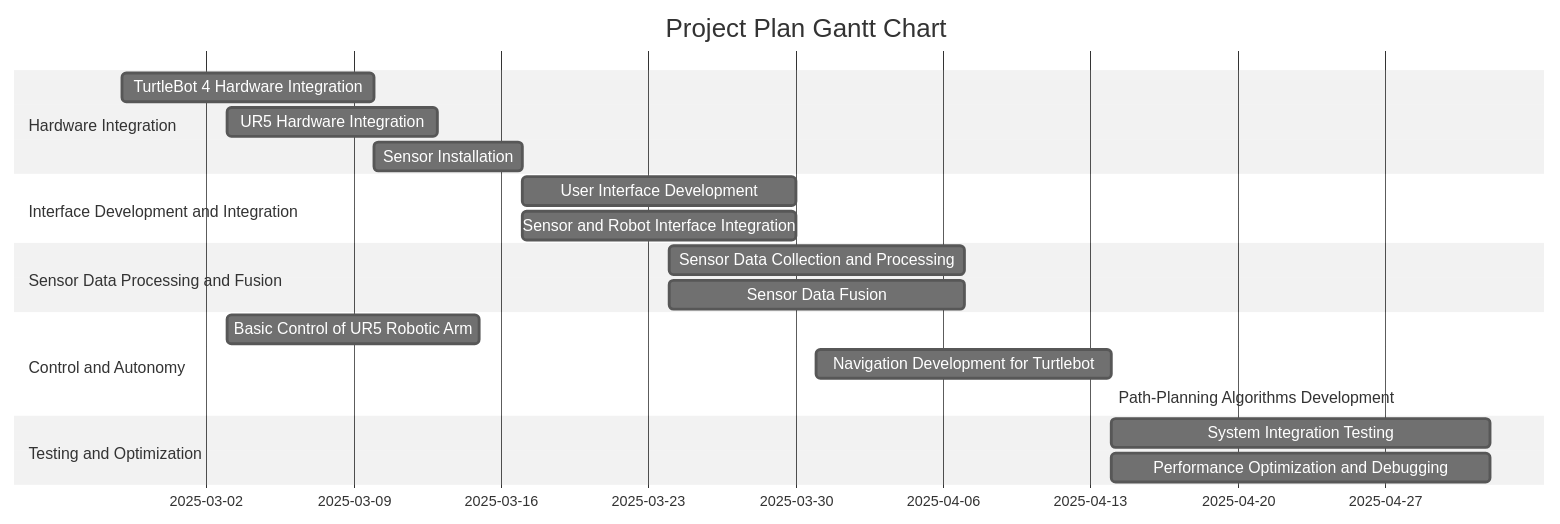
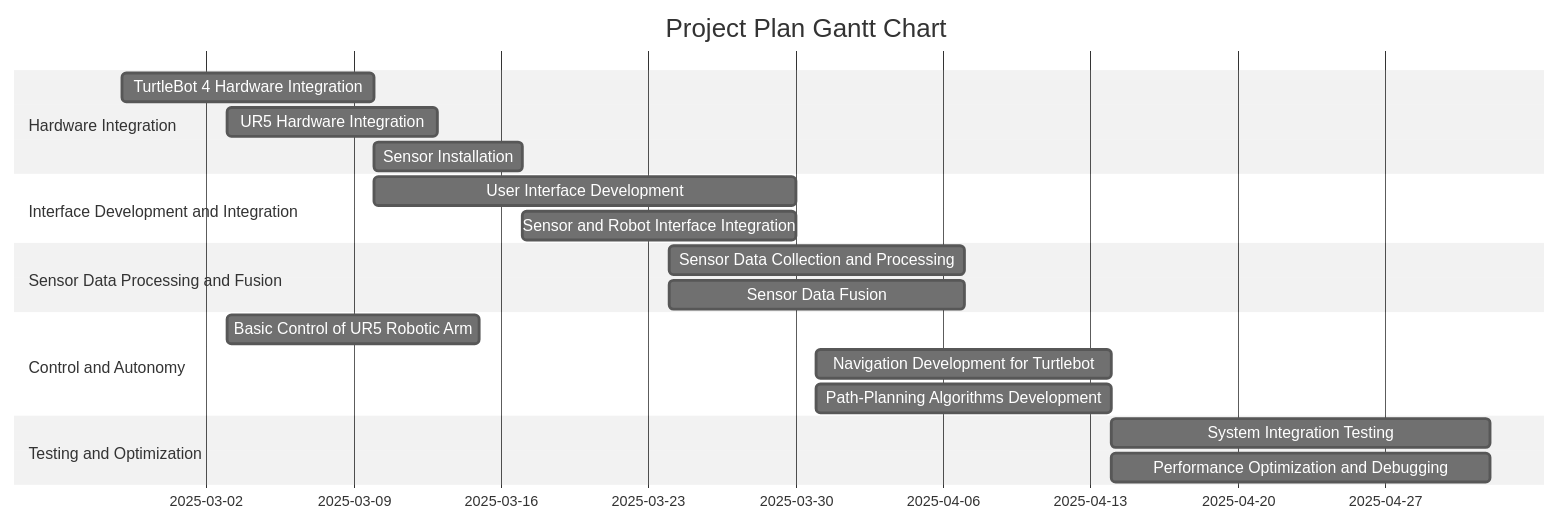
One commit to RAS598-2025-S-Team12/RAS598-2025-S-Team12.github.io changed the diagram in docs/timeline.md. Above: the diagram before and after it, drawn with Mermaid (neutral theme).

````diff
--- a/docs/timeline.md
+++ b/docs/timeline.md
@@ -6,32 +6,32 @@
 ``` mermaid
 
 gantt
     title Project Plan Gantt Chart
     dateFormat  YYYY-MM-DD
 
     section Hardware Integration
     TurtleBot 4 Hardware Integration               :task2_1, 2025-02-26, 2025-03-10
     UR5 Hardware Integration                       :task2_2, 2025-03-03, 2025-03-13
     Sensor Installation          :task2_3, 2025-03-10, 2025-03-17
 
     section Interface Development and Integration
-    User Interface Development:task3_1, 2025-03-17, 2025-03-30
-    Sensor and Robot Interface Integration          :task3_2, 2025-03-17, 2025-03-30
+    User Interface Development:task3_1, 2025-03-10, 2025-03-30
+    Sensor and Robot Interface Integration :task3_2, 2025-03-17, 2025-03-30
 
     section Sensor Data Processing and Fusion
     Sensor Data Collection and Processing           :task4_1, 2025-03-24, 2025-04-07
     Sensor Data Fusion                              :task4_2, 2025-03-24, 2025-04-07
 
     section Control and Autonomy 
     Basic Control of UR5 Robotic Arm                    :task5_1, 2025-03-03, 2025-03-15
     Navigation Development for Turtlebot                :task5_2, 2025-03-31, 2025-04-14
-    Path-Planning Algorithms Development                :task5_3, 2025-04-31, 2025-04-14
+    Path-Planning Algorithms Development                :task5_3, 2025-03-31, 2025-04-14
     
 
     section Testing and Optimization
     System Integration Testing                     :task6_1, 2025-04-14, 2025-05-02
     Performance Optimization and Debugging         :task6_2, 2025-04-14, 2025-05-02
 
 
 
 ```
````
